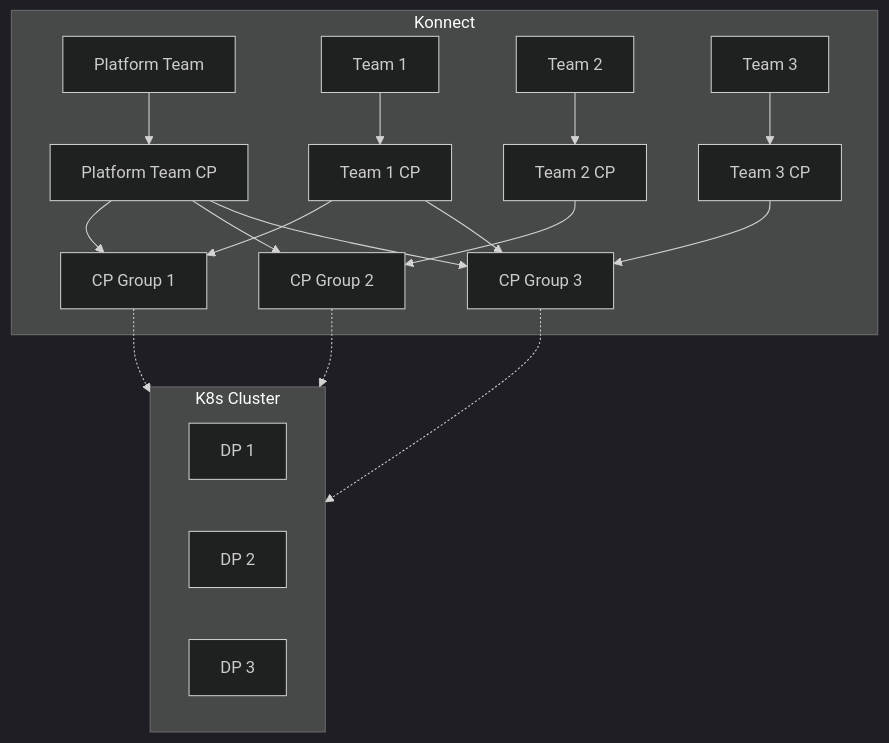
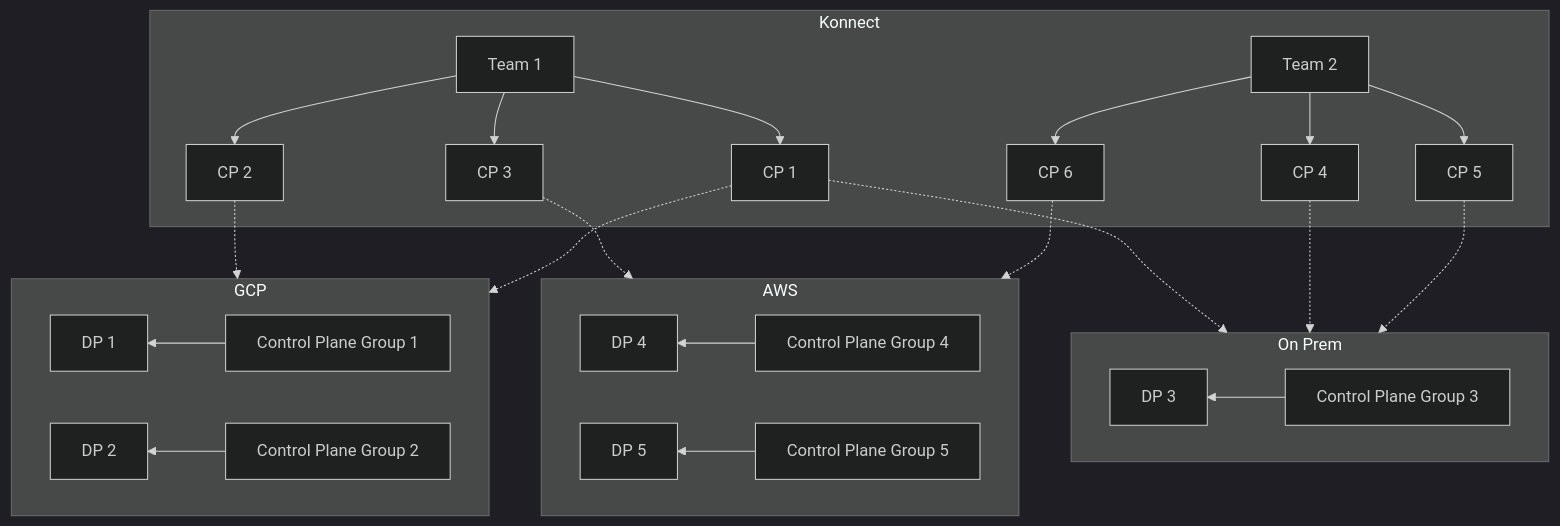
The second of 3 diagrams in README.md (pantsel/konnect-platform-ops-demo), drawn with Mermaid (dark theme) before and after one commit. The commit also changed other lines of this file, not shown here.

````diff
--- a/README.md
+++ b/README.md
@@ -133,33 +210,56 @@
 ```mermaid
 graph TD;
   subgraph Konnect
-    A[CP Group 1]
-    B[CP Group 2]
-    C[CP Group 3]
-    K[Platform Team] --> D[Platform Team CP]
-    L[Team 1] --> E[Team 1 CP]
-    M[Team 2] --> F[Team 2 CP]
-    N[Team 3] --> G[Team 3 CP]
-   
+      A[Team 1]
+      B[Team 2]
+      C[CP 1]
+      D[CP 2]
+      E[CP 3]
+      F[CP 4]
+      G[CP 5]
+      H[CP 6]
+    end
 
-    D --> A
-    E --> A
-    D --> B
-    F --> B
-    D --> C
-    G --> C
-    E --> C
-  end
+    subgraph GCP
+      direction RL
+        I[ Control Plane Group 1]
+        J[ Control Plane Group 2]
+        N[DP 1]
+        O[DP 2]
+    end
 
-  subgraph K8s Cluster
-    direction RL
-    H[DP 1]
-    I[DP 2]
-    J[DP 3]
-  end
 
-  A -.-> H
-  B -.-> I
-  C -.-> J
+    subgraph On Prem
+      direction RL
+        K[ Control Plane Group 3]
+        P[DP 3]
+    end
+
+    subgraph AWS
+      direction RL
+        L[ Control Plane Group 4]
+        M[ Control Plane Group 5]
+        Q[DP 4]
+        R[DP 5]
+    end
+
+    A --> C
+    A --> D
+    A --> E
+    B --> F
+    B --> G
+    B --> H
+    C -.-> K
+    E -.-> L
+    F -.-> K
+    G -.-> K
+    H -.-> M
+    D -.-> J
+    C -.-> I
+    I --> N
+    J --> O
+    K --> P
+    L --> Q
+    M --> R
 
 ```
````
